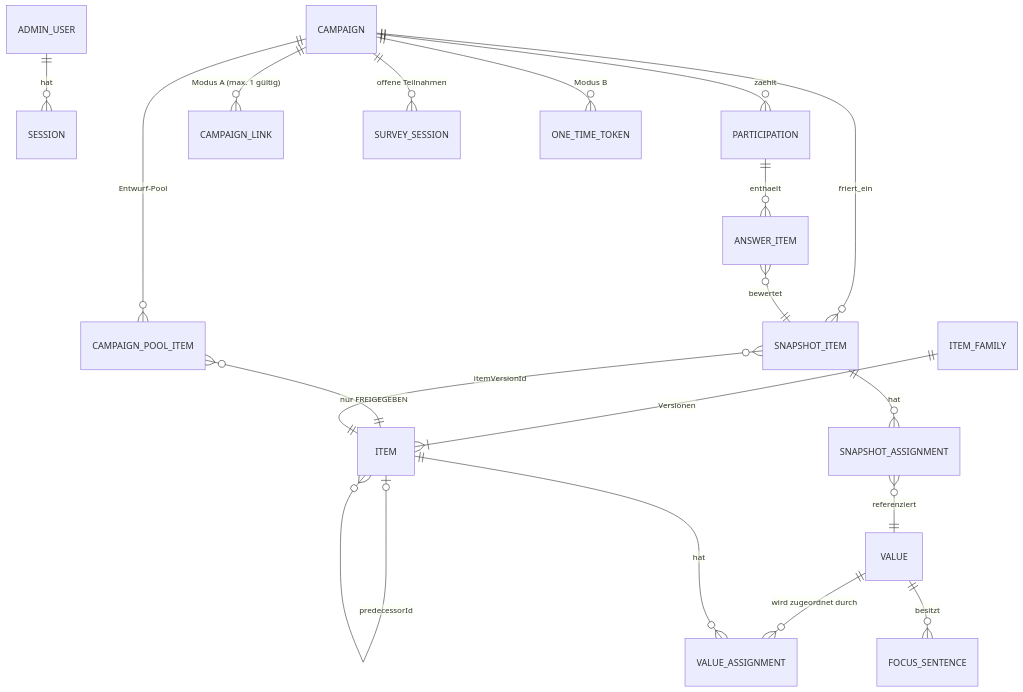
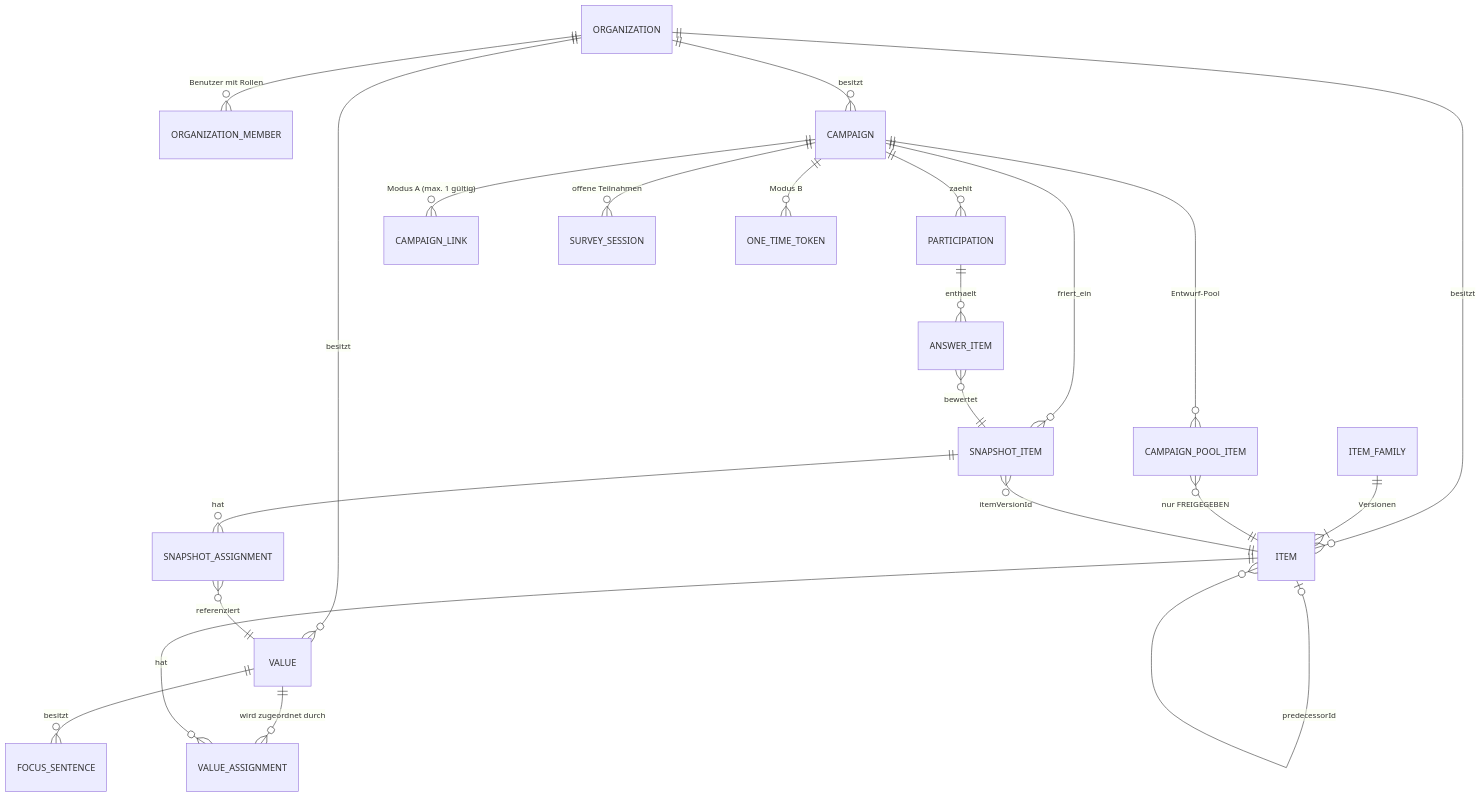
Before and after one commit to dschmid2/kulturbarometer: the third of 3 diagrams in .kiro/specs/kulturbarometer/design.md, drawn with Mermaid. The commit also changed other lines of this file and 23 other files, not shown here.

First line of the commit message:
Unternehmungen, Benutzer und Rollen (Anforderung 12)

````diff
--- a/.kiro/specs/kulturbarometer/design.md
+++ b/.kiro/specs/kulturbarometer/design.md
@@ -293,25 +303,28 @@
 ```mermaid
 erDiagram
-    ADMIN_USER ||--o{ SESSION : hat
+    ORGANIZATION ||--o{ ORGANIZATION_MEMBER : "Benutzer mit Rollen"
+    ORGANIZATION ||--o{ VALUE : besitzt
+    ORGANIZATION ||--o{ ITEM : besitzt
+    ORGANIZATION ||--o{ CAMPAIGN : besitzt
     VALUE ||--o{ FOCUS_SENTENCE : besitzt
     VALUE ||--o{ VALUE_ASSIGNMENT : "wird zugeordnet durch"
     ITEM ||--o{ VALUE_ASSIGNMENT : hat
     ITEM_FAMILY ||--|{ ITEM : "Versionen"
     ITEM |o--o{ ITEM : "predecessorId"
 
     CAMPAIGN ||--o{ CAMPAIGN_POOL_ITEM : "Entwurf-Pool"
     CAMPAIGN_POOL_ITEM }o--|| ITEM : "nur FREIGEGEBEN"
 
     CAMPAIGN ||--o{ SNAPSHOT_ITEM : friert_ein
     SNAPSHOT_ITEM }o--|| ITEM : "itemVersionId"
     SNAPSHOT_ITEM ||--o{ SNAPSHOT_ASSIGNMENT : hat
     SNAPSHOT_ASSIGNMENT }o--|| VALUE : referenziert
 
     CAMPAIGN ||--o{ PARTICIPATION : zaehlt
     PARTICIPATION ||--o{ ANSWER_ITEM : enthaelt
     ANSWER_ITEM }o--|| SNAPSHOT_ITEM : bewertet
 
     CAMPAIGN ||--o{ CAMPAIGN_LINK : "Modus A (max. 1 gültig)"
     CAMPAIGN ||--o{ SURVEY_SESSION : "offene Teilnahmen"
     CAMPAIGN ||--o{ ONE_TIME_TOKEN : "Modus B"
 ```
````
